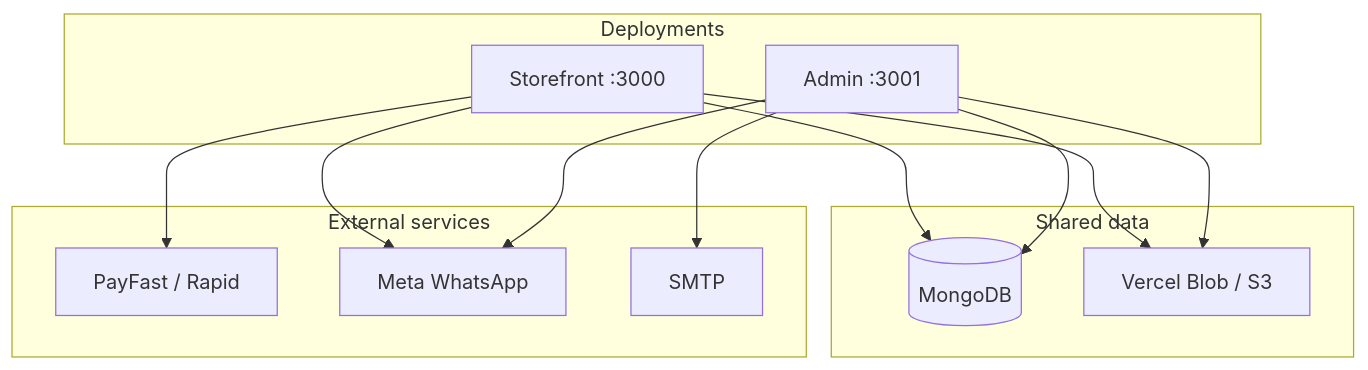
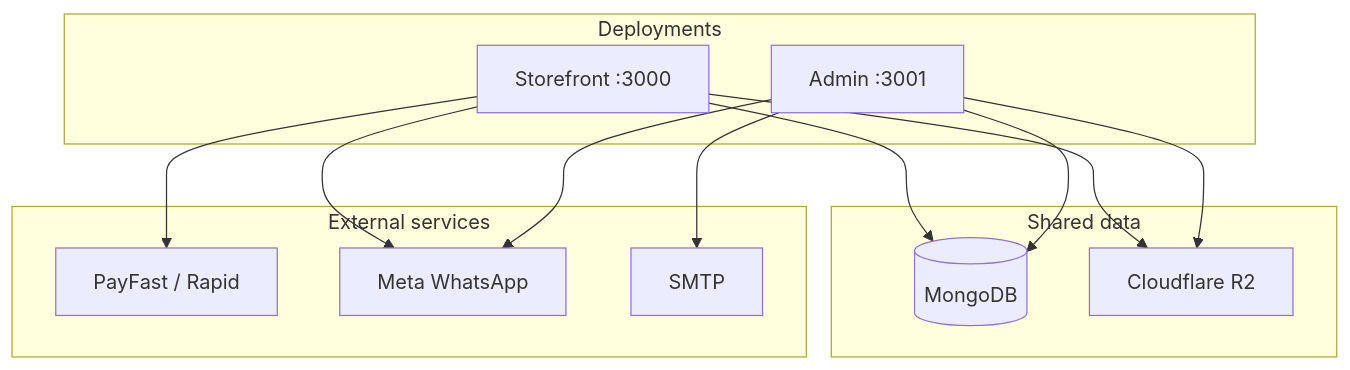
One commit to single-solution/ibrahimMobiles changed the first of 5 diagrams in docs/architecture.md. Above: the diagram before and after it, drawn with Mermaid. The commit also changed other lines of this file and 24 other files, not shown here.

````diff
--- a/docs/architecture.md
+++ b/docs/architecture.md
@@ -35,24 +35,24 @@
 ```mermaid
 graph TB
   subgraph deploy [Deployments]
     WEB[Storefront :3000]
     ADM[Admin :3001]
   end
   subgraph data [Shared data]
     MONGO[(MongoDB)]
-    BLOB[Vercel Blob / S3]
+    BLOB[Cloudflare R2]
   end
   subgraph external [External services]
     PF[PayFast / Rapid]
     WA[Meta WhatsApp]
     RS[SMTP]
   end
   WEB --> MONGO
   ADM --> MONGO
   WEB --> BLOB
   ADM --> BLOB
   WEB --> PF
   WEB --> WA
   ADM --> RS
   ADM --> WA
 ```
````
